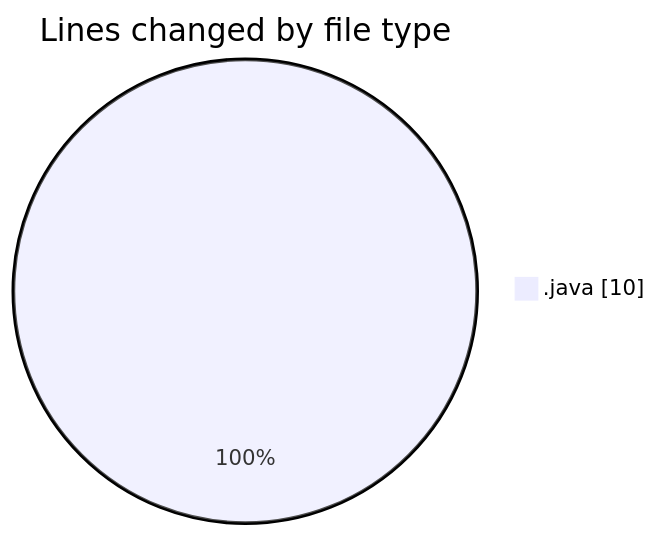
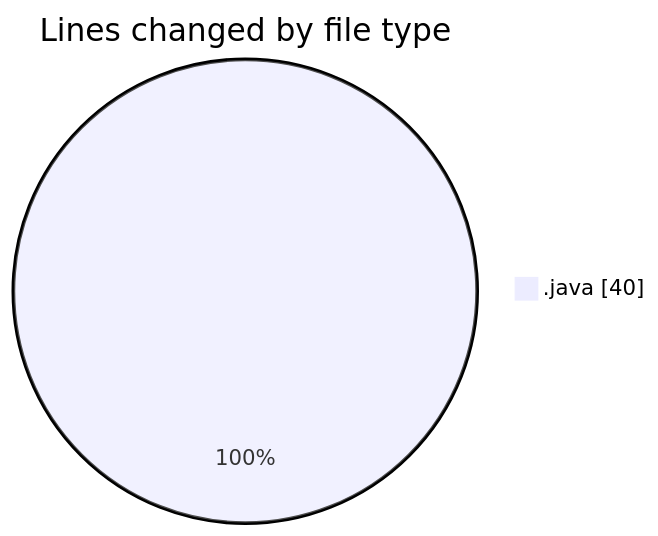
The first of 2 diagrams in 2026-09-07/cilapp/README.md (ricardozamudiocil/code-tracking), drawn with Mermaid before and after one commit. The commit also changed other lines of this file and 1 other file, not shown here.

````diff
--- a/2026-09-07/cilapp/README.md
+++ b/2026-09-07/cilapp/README.md
@@ -21,5 +21,5 @@
 ```mermaid
 pie showData
 title Lines changed by file type
-".java" : 10
+".java" : 40
 ```
````
